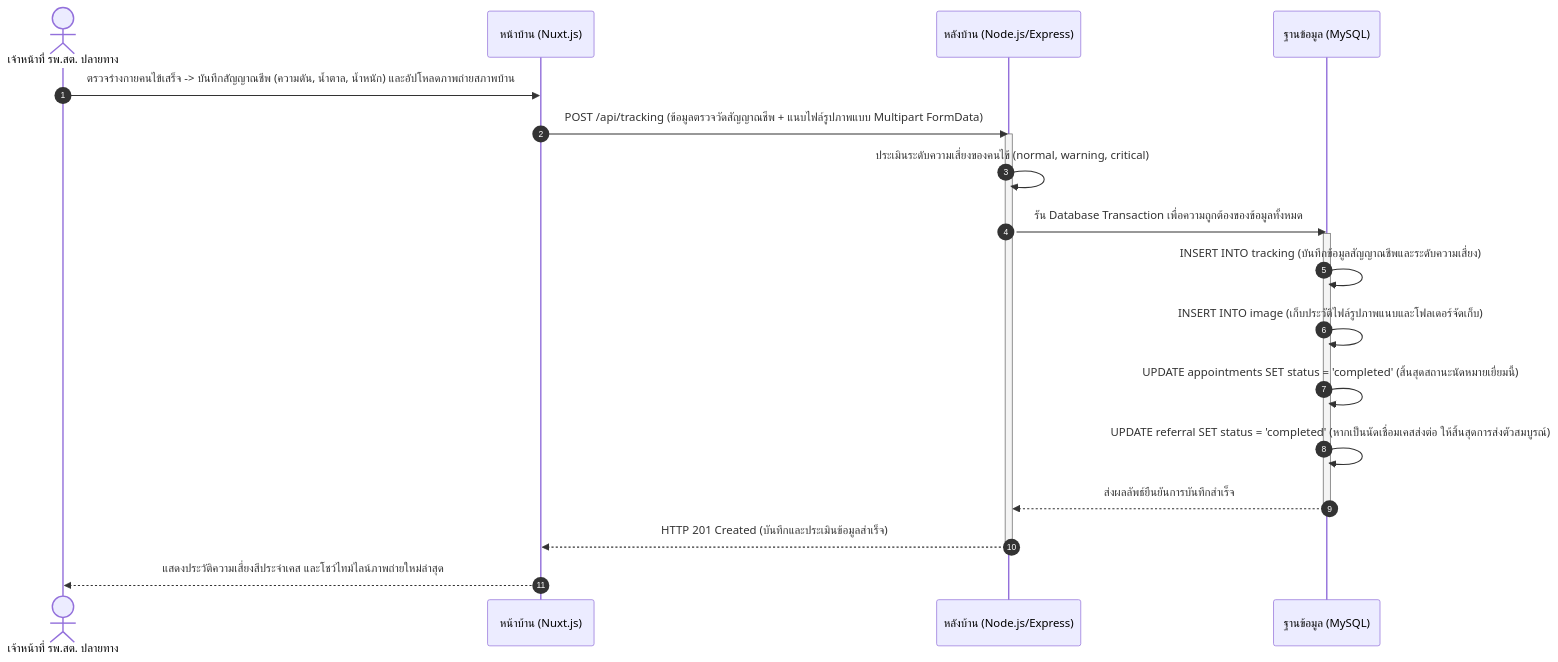
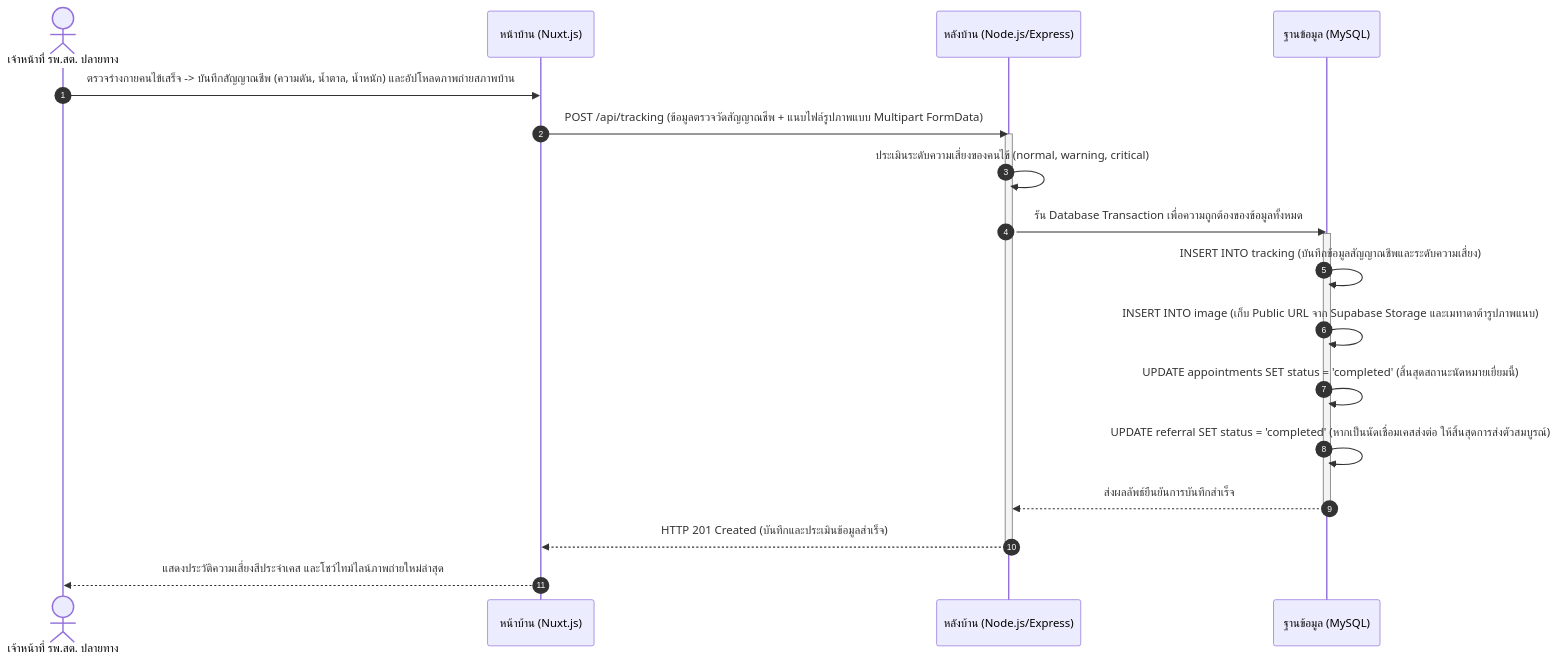
The seventh of 8 diagrams in senior_project_documentation.md (ZeMon1954/Patient_tracking_system), drawn with Mermaid before and after one commit. The commit also changed other lines of this file and 3 other files, not shown here.

Commit message:
fix: add appointment date validation, align urgency_level to 4 levels, and update documentation to Supabase Storage

````diff
--- a/senior_project_documentation.md
+++ b/senior_project_documentation.md
@@ -390,24 +390,24 @@
 ```mermaid
 sequenceDiagram
     autonumber
     actor PCU as เจ้าหน้าที่ รพ.สต. ปลายทาง
     participant FE as หน้าบ้าน (Nuxt.js)
     participant BE as หลังบ้าน (Node.js/Express)
     participant DB as ฐานข้อมูล (MySQL)
 
     PCU->>FE: ตรวจร่างกายคนไข้เสร็จ -> บันทึกสัญญาณชีพ (ความดัน, น้ำตาล, น้ำหนัก) และอัปโหลดภาพถ่ายสภาพบ้าน
     FE->>BE: POST /api/tracking (ข้อมูลตรวจวัดสัญญาณชีพ + แนบไฟล์รูปภาพแบบ Multipart FormData)
     activate BE
     BE->>BE: ประเมินระดับความเสี่ยงของคนไข้ (normal, warning, critical)
     BE->>DB: รัน Database Transaction เพื่อความถูกต้องของข้อมูลทั้งหมด
     activate DB
     DB->>DB: INSERT INTO tracking (บันทึกข้อมูลสัญญาณชีพและระดับความเสี่ยง)
-    DB->>DB: INSERT INTO image (เก็บประวัติไฟล์รูปภาพแนบและโฟลเดอร์จัดเก็บ)
+    DB->>DB: INSERT INTO image (เก็บ Public URL จาก Supabase Storage และเมทาดาต้ารูปภาพแนบ)
     DB->>DB: UPDATE appointments SET status = 'completed' (สิ้นสุดสถานะนัดหมายเยี่ยมนี้)
     DB->>DB: UPDATE referral SET status = 'completed' (หากเป็นนัดเชื่อมเคสส่งต่อ ให้สิ้นสุดการส่งตัวสมบูรณ์)
     DB-->>BE: ส่งผลลัพธ์ยืนยันการบันทึกสำเร็จ
     deactivate DB
     BE-->>FE: HTTP 201 Created (บันทึกและประเมินข้อมูลสำเร็จ)
     deactivate BE
     FE-->>PCU: แสดงประวัติความเสี่ยงสีประจำเคส และโชว์ไทม์ไลน์ภาพถ่ายใหม่ล่าสุด
 ```
````
